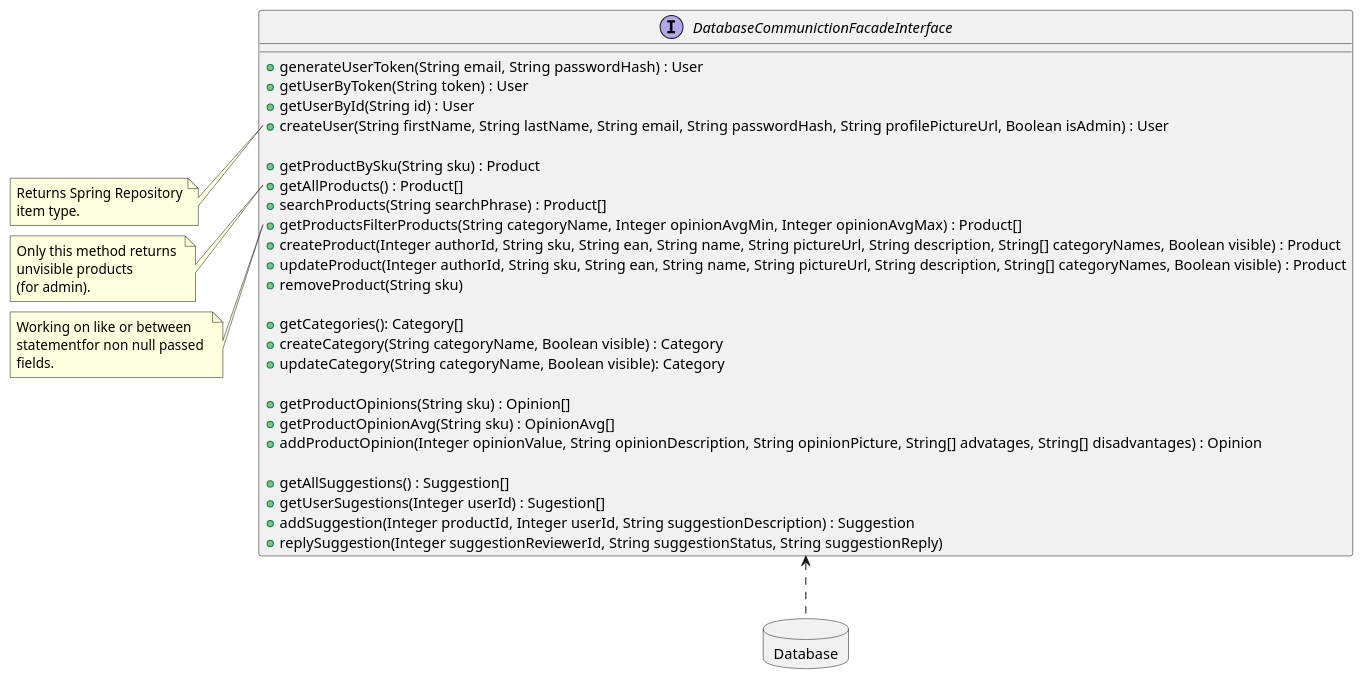
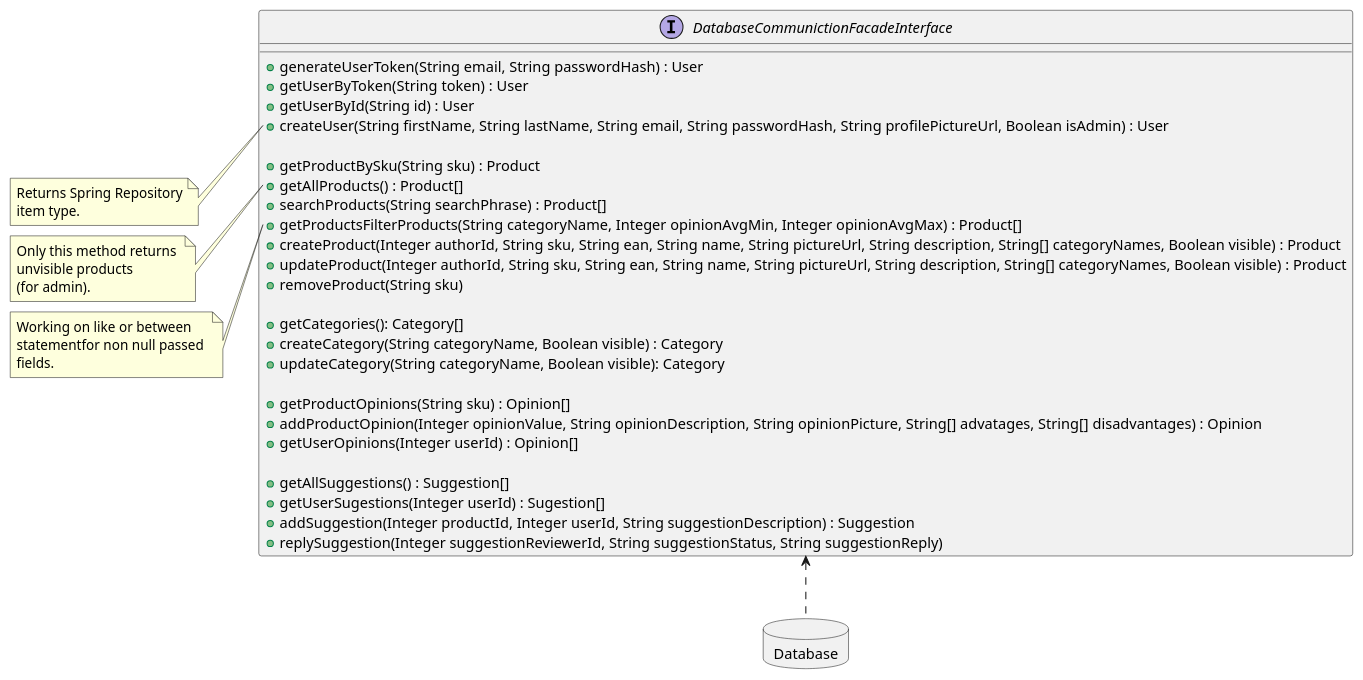
The diagram in BackendDatabaseCommunication.md (RadekBucki/OpinionCollectorArchitecture), drawn with PlantUML before and after one commit. The commit also changed 1 other file, not shown here.

Commit message:
Add OpinionFacade

````diff
--- a/BackendDatabaseCommunication.md
+++ b/BackendDatabaseCommunication.md
@@ -3,54 +3,54 @@
 ```plantuml
 @startuml
 DatabaseCommunictionFacadeInterface <.. Database
 
 database Database {
 }
 
 interface DatabaseCommunictionFacadeInterface {
     + generateUserToken(String email, String passwordHash) : User
     + getUserByToken(String token) : User
     + getUserById(String id) : User
     + createUser(String firstName, String lastName, String email, String passwordHash, String profilePictureUrl, Boolean isAdmin) : User
     
     + getProductBySku(String sku) : Product
     + getAllProducts() : Product[]
     + searchProducts(String searchPhrase) : Product[]
     + getProductsFilterProducts(String categoryName, Integer opinionAvgMin, Integer opinionAvgMax) : Product[]
     + createProduct(Integer authorId, String sku, String ean, String name, String pictureUrl, String description, String[] categoryNames, Boolean visible) : Product
     + updateProduct(Integer authorId, String sku, String ean, String name, String pictureUrl, String description, String[] categoryNames, Boolean visible) : Product
     + removeProduct(String sku)
     
     + getCategories(): Category[]
     + createCategory(String categoryName, Boolean visible) : Category
     + updateCategory(String categoryName, Boolean visible): Category
     
     + getProductOpinions(String sku) : Opinion[]
-    + getProductOpinionAvg(String sku) : OpinionAvg[]
     + addProductOpinion(Integer opinionValue, String opinionDescription, String opinionPicture, String[] advatages, String[] disadvantages) : Opinion
+    + getUserOpinions(Integer userId) : Opinion[]
     
     + getAllSuggestions() : Suggestion[]
     + getUserSugestions(Integer userId) : Sugestion[]
     + addSuggestion(Integer productId, Integer userId, String suggestionDescription) : Suggestion
     + replySuggestion(Integer suggestionReviewerId, String suggestionStatus, String suggestionReply)
 }
 
 note left of DatabaseCommunictionFacadeInterface::createUser
     Returns Spring Repository
     item type.
 endnote
 
 note left of DatabaseCommunictionFacadeInterface::getAllProducts
     Only this method returns 
     unvisible products
     (for admin).
 endnote
 
 note left of DatabaseCommunictionFacadeInterface::getProductsFilterProducts
     Working on like or between 
     statementfor non null passed 
     fields.
 endnote
 
 @enduml 
 ```
````
